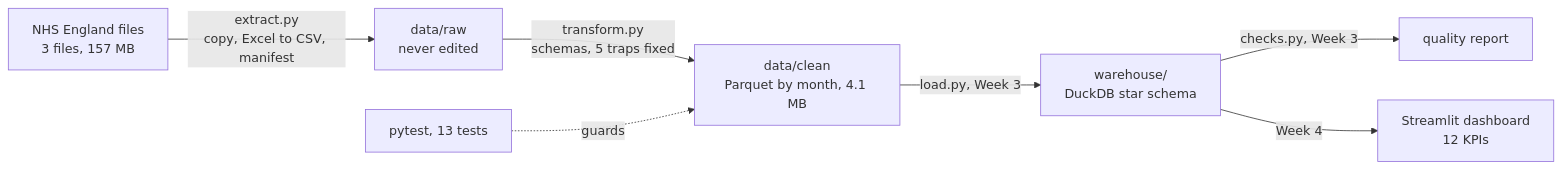
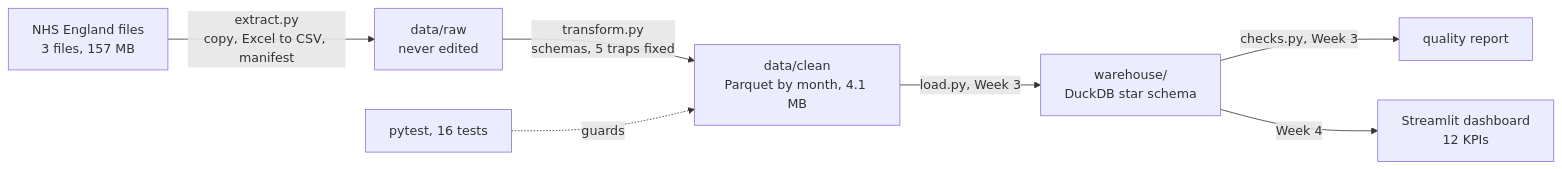
The second of 2 diagrams in docs/star_schema.md (neoleeen/nhs-gp-appointments-etl), drawn with Mermaid before and after one commit.

Commit message:
Increase pytest tests count from 13 to 16
Updated the number of tests in pytest from 13 to 16.

````diff
--- a/docs/star_schema.md
+++ b/docs/star_schema.md
@@ -99,9 +99,9 @@
 ```mermaid
 flowchart LR
     A["NHS England files<br/>3 files, 157 MB"] -->|"extract.py<br/>copy, Excel to CSV, manifest"| B["data/raw<br/>never edited"]
     B -->|"transform.py<br/>schemas, 5 traps fixed"| C["data/clean<br/>Parquet by month, 4.1 MB"]
     C -->|"load.py, Week 3"| D["warehouse/<br/>DuckDB star schema"]
     D -->|"checks.py, Week 3"| E["quality report"]
     D -->|"Week 4"| F["Streamlit dashboard<br/>12 KPIs"]
-    T["pytest, 13 tests"] -.->|"guards"| C
+    T["pytest, 16 tests"] -.->|"guards"| C
 ```
````
